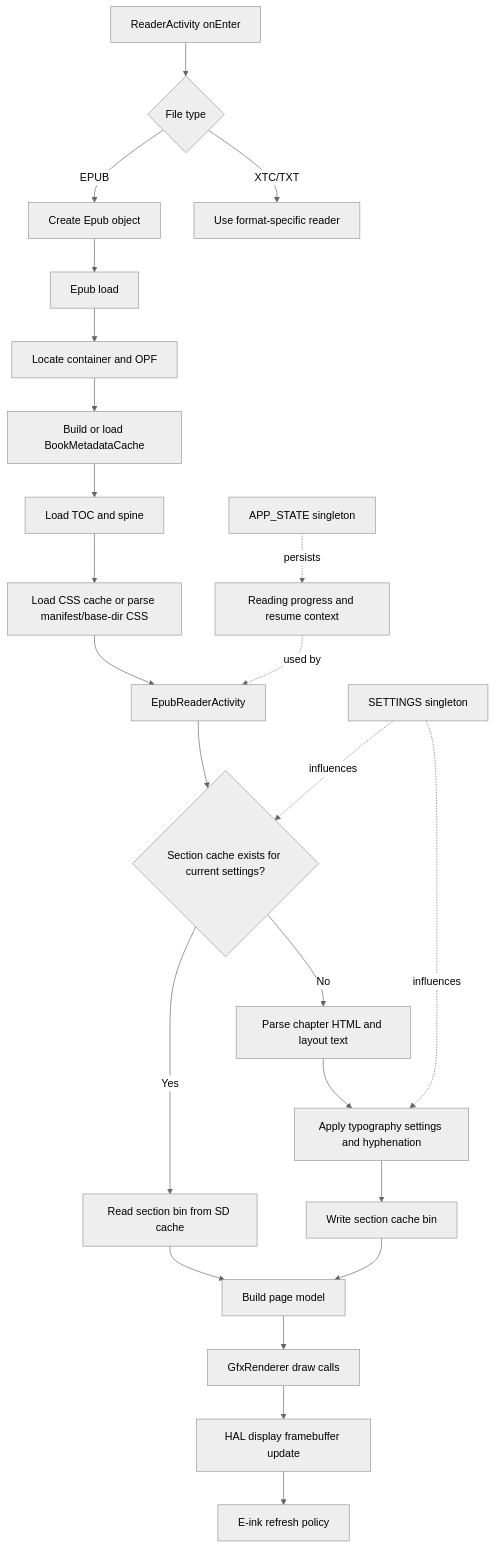
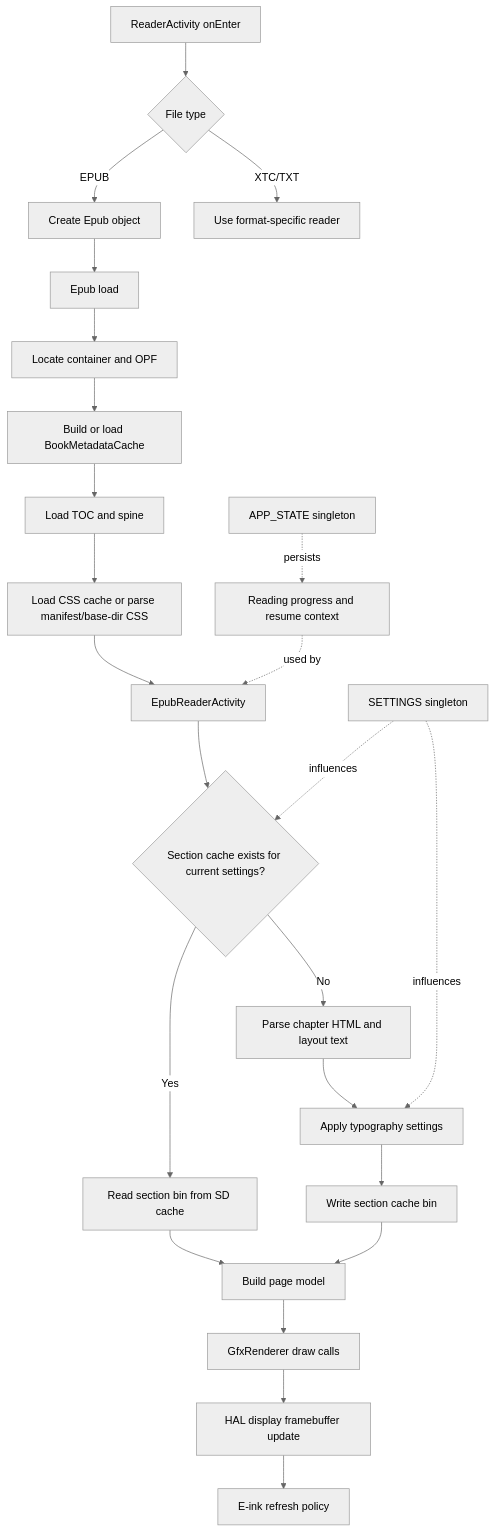
One commit to diogo7dias/lector changed the fourth of 4 diagrams in docs/contributing/architecture.md. Above: the diagram before and after it, drawn with Mermaid (neutral theme). The commit also changed other lines of this file and 108 other files, not shown here.

````diff
--- a/docs/contributing/architecture.md
+++ b/docs/contributing/architecture.md
@@ -93,30 +93,30 @@
 ```mermaid
 flowchart TD
     A[ReaderActivity onEnter] --> B{File type}
     B -->|EPUB| C[Create Epub object]
     B -->|XTC/TXT| Z[Use format-specific reader]
 
     C --> D[Epub load]
     D --> E[Locate container and OPF]
     E --> F[Build or load BookMetadataCache]
     F --> G[Load TOC and spine]
     G --> H[Load CSS cache or parse manifest/base-dir CSS]
 
     H --> I[EpubReaderActivity]
     I --> J{Section cache exists for current settings?}
     J -->|Yes| K[Read section bin from SD cache]
     J -->|No| L[Parse chapter HTML and layout text]
-    L --> M[Apply typography settings and hyphenation]
+    L --> M[Apply typography settings]
     M --> N[Write section cache bin]
 
     K --> O[Build page model]
     N --> O
     O --> P[GfxRenderer draw calls]
     P --> Q[HAL display framebuffer update]
     Q --> R[E-ink refresh policy]
 
     S[SETTINGS singleton] -. influences .-> J
     S -. influences .-> M
     T[APP_STATE singleton] -. persists .-> U[Reading progress and resume context]
     U -. used by .-> I
 ```
````
